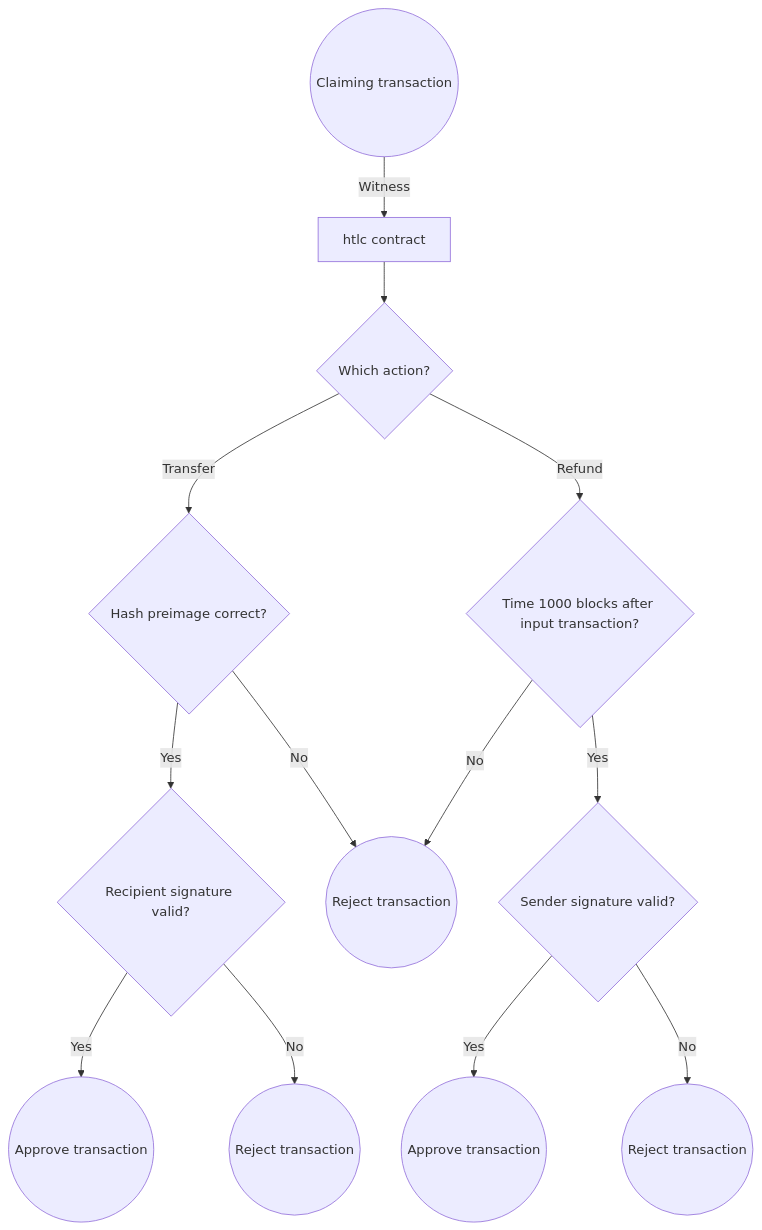
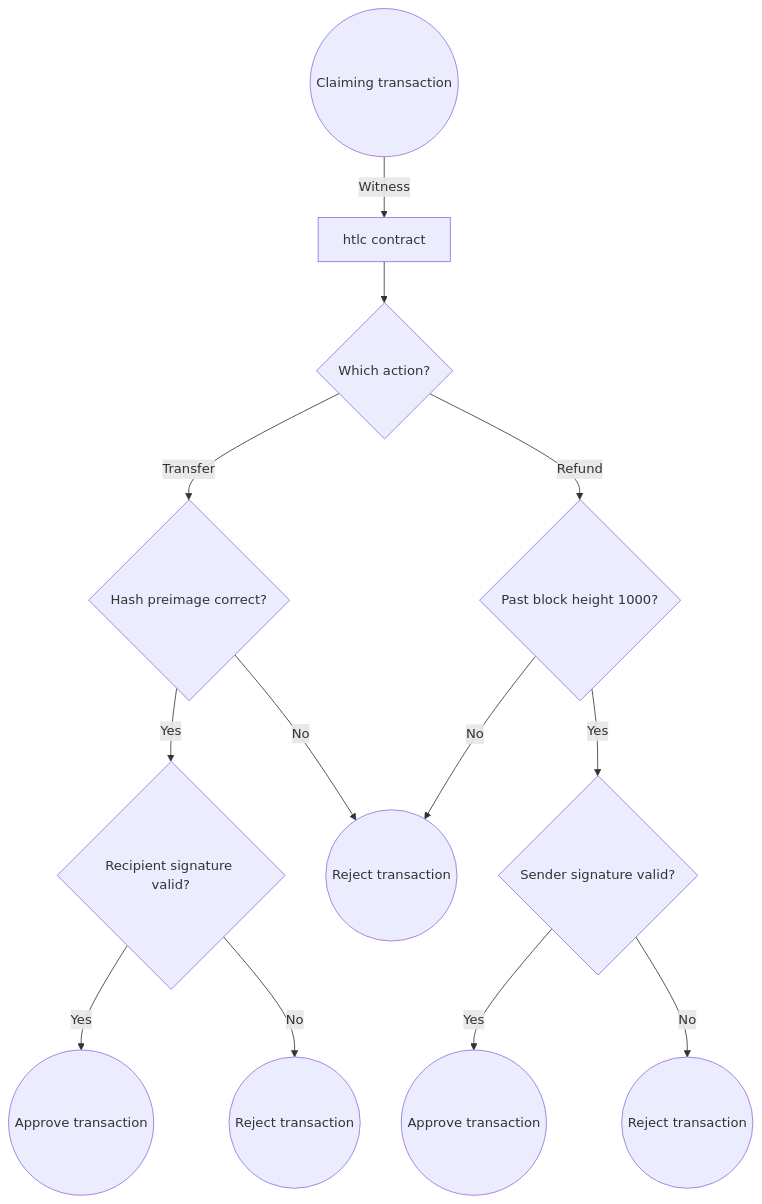
The second of 4 diagrams in docs/documentation/execution-model.md (BlockstreamResearch/simplicity-lang-org), drawn with Mermaid before and after one commit. The commit also changed other lines of this file and 6 other files, not shown here.

````diff
--- a/docs/documentation/execution-model.md
+++ b/docs/documentation/execution-model.md
@@ -236,15 +236,15 @@
     ```mermaid
     flowchart TD
         A((Claiming transaction)) -->|Witness| B[htlc contract]
         B -->Q{Which action?}
         Q -->|Transfer| C{Hash preimage correct?}
-        Q -->|Refund| D{Time 1000 blocks after input transaction?}
+        Q -->|Refund| D{Past block height 1000?}
         C -->|Yes| E{Recipient signature valid?}
         C -->|No| F((Reject transaction))
         D -->|Yes| G{Sender signature valid?}
         D -->|No| F((Reject transaction))
         E -->|Yes| H((Approve transaction))
         E -->|No| J((Reject transaction))
         G -->|Yes| K((Approve transaction))
         G -->|No| L((Reject transaction))
     ```
````
